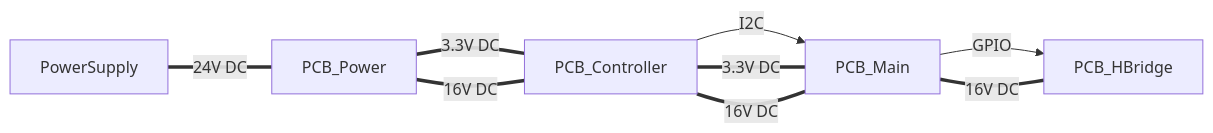
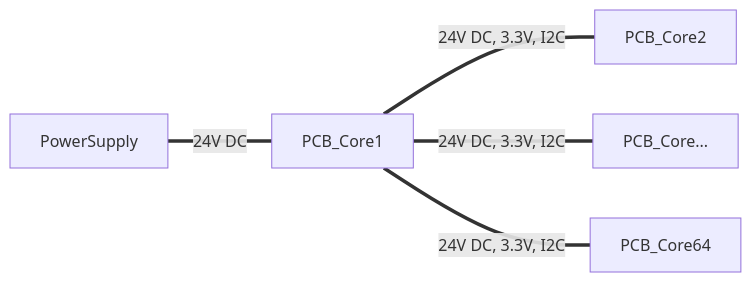
The diagram in README.md (fanningert/kicad_model_train_control), drawn with Mermaid before and after one commit. The commit also changed other lines of this file, not shown here.

````diff
--- a/README.md
+++ b/README.md
@@ -5,12 +5,8 @@
 ```mermaid
 flowchart LR
     Z[PowerSupply] ===|24V DC| A
-    A[PCB_Power] ===|3.3V DC| B
-    A === |16V DC| B
-    B[PCB_Controller] -->|I2C| C
-    B ===|3.3V DC| C
-    B ===|16V DC| C
-    C[PCB_Main] -->|GPIO| D
-    C ===|16V DC| D
-    D[PCB_HBridge]
+    A[PCB_Core1] ===|24V DC, 3.3V, I2C| B & C & D
+    B[PCB_Core2]
+    C[PCB_Core...]
+    D[PCB_Core64]
 ```
````
